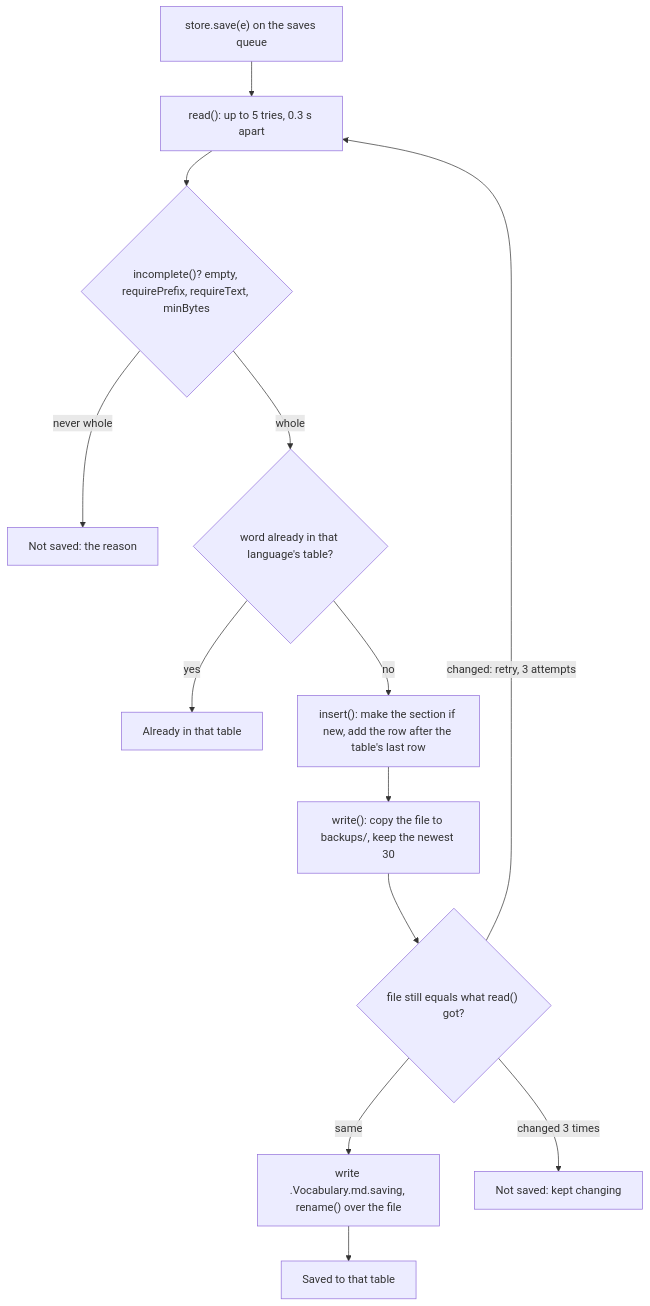
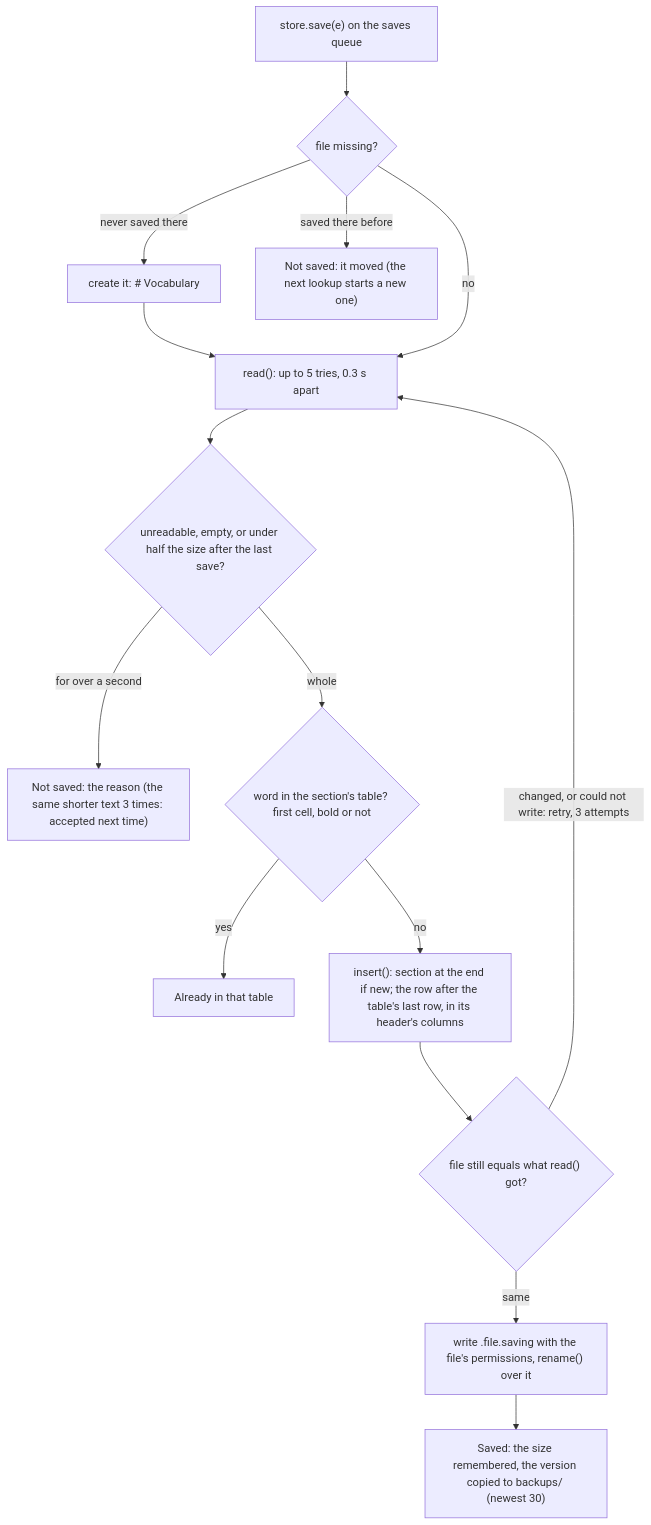
One commit to gregth/lookup-word changed the fourth of 5 diagrams in docs/DESIGN.md. Above: the diagram before and after it, drawn with Mermaid. The commit also changed other lines of this file and 19 other files, not shown here.

````diff
--- a/docs/DESIGN.md
+++ b/docs/DESIGN.md
@@ -121,15 +121,17 @@
 ```mermaid
 flowchart TD
-  A["store.save(e) on the saves queue"] --> R["read(): up to 5 tries, 0.3 s apart"]
-  R --> W{"incomplete()? empty, requirePrefix, requireText, minBytes"}
-  W -- "never whole" --> N1["Not saved: the reason"]
-  W -- whole --> K{"word already in that language's table?"}
+  A["store.save(e) on the saves queue"] --> M{"file missing?"}
+  M -- "never saved there" --> NEW["create it: # Vocabulary"]
+  M -- "saved there before" --> N0["Not saved: it moved (the next lookup starts a new one)"]
+  NEW --> R
+  M -- no --> R["read(): up to 5 tries, 0.3 s apart"]
+  R --> W{"unreadable, empty, or under half the size after the last save?"}
+  W -- "for over a second" --> N1["Not saved: the reason (the same shorter text 3 times: accepted next time)"]
+  W -- whole --> K{"word in the section's table? first cell, bold or not"}
   K -- yes --> N2["Already in that table"]
-  K -- no --> I["insert(): make the section if new, add the row after the table's last row"]
-  I --> B["write(): copy the file to backups/, keep the newest 30"]
-  B --> CAS{"file still equals what read() got?"}
-  CAS -- "changed: retry, 3 attempts" --> R
-  CAS -- same --> TR["write .Vocabulary.md.saving, rename() over the file"]
-  TR --> OK["Saved to that table"]
-  CAS -- "changed 3 times" --> N3["Not saved: kept changing"]
+  K -- no --> I["insert(): section at the end if new; the row after the table's last row, in its header's columns"]
+  I --> CAS{"file still equals what read() got?"}
+  CAS -- "changed, or could not write: retry, 3 attempts" --> R
+  CAS -- same --> TR["write .file.saving with the file's permissions, rename() over it"]
+  TR --> OK["Saved: the size remembered, the version copied to backups/ (newest 30)"]
 ```
````
